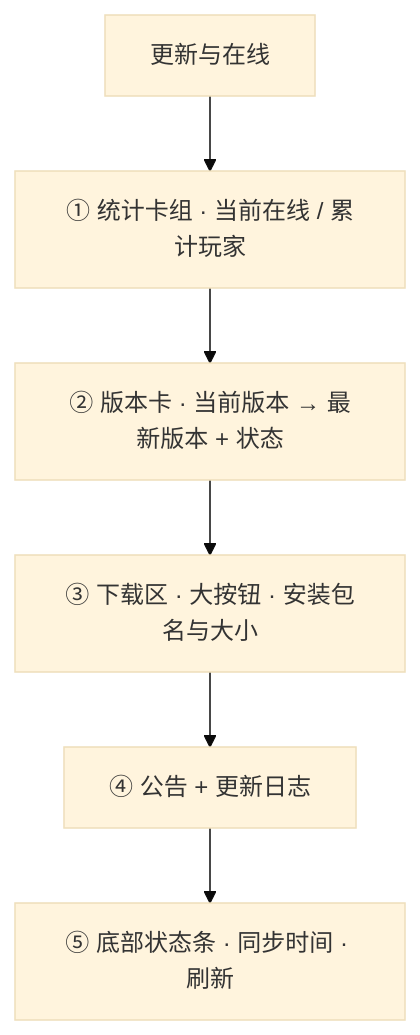
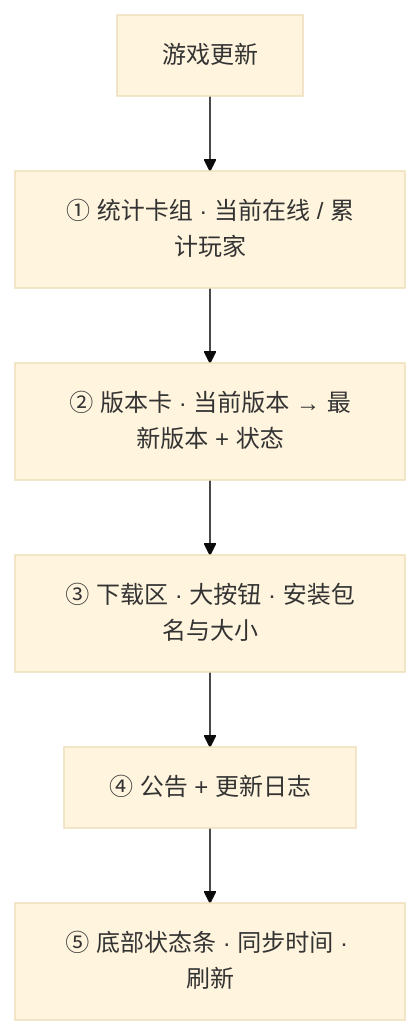
Before and after one commit to Structuretxwd/LetsGal-Studio-Extension: the first of 3 diagrams in README.md, drawn with Mermaid (base theme). The commit also changed other lines of this file and 6 other files, not shown here.

````diff
--- a/README.md
+++ b/README.md
@@ -47,9 +47,9 @@
 ```mermaid
 flowchart TB
-    T["更新与在线"]
+    T["游戏更新"]
     T --> S["① 统计卡组 · 当前在线 / 累计玩家"]
     S --> V["② 版本卡 · 当前版本 → 最新版本 + 状态"]
     V --> D["③ 下载区 · 大按钮 · 安装包名与大小"]
     D --> A["④ 公告 + 更新日志"]
     A --> F["⑤ 底部状态条 · 同步时间 · 刷新"]
 ```
````
